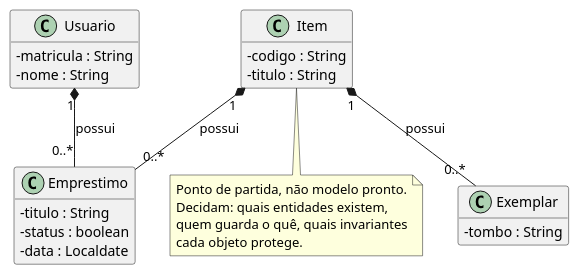
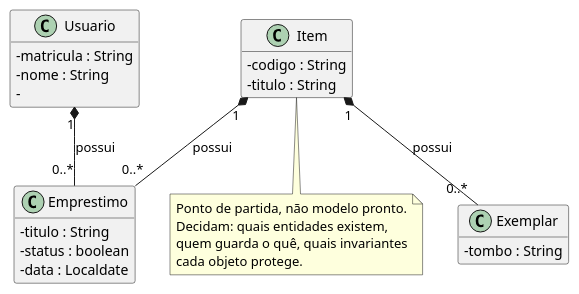
One commit to Alan-Pierre75/POO--2026-2 changed the diagram in docs/modelo.puml. Above: the diagram before and after it, drawn with PlantUML.

```diff
--- a/docs/modelo.puml
+++ b/docs/modelo.puml
@@ -1,46 +1,46 @@
 @startuml
 ' Modelo de domínio do sistema: Entrega 1.
 '
 ' Este arquivo é o ponto de partida. Substitua pelo modelo da sua equipe.
 ' O diagrama precisa corresponder ao código entregue.
 '
 ' Para gerar a imagem: instale o plugin PlantUML no IntelliJ, ou use
 '   plantuml docs/modelo.puml
 ' e versione a imagem gerada ao lado deste arquivo.
 
 skinparam classAttributeIconSize 0
 hide empty members
 
 class Item {
   - codigo : String
   - titulo : String
 }
 
 class Exemplar {
   - tombo : String
 }
 
 class Usuario {
   - matricula : String
   - nome : String
-
+  -
 }
 
 class Emprestimo {
   - titulo : String
   - status : boolean
   - data : Localdate
 }
 
 Item "1" *-- "0..*" Exemplar : possui
 Usuario "1" *-- "0..*" Emprestimo : possui
 Item "1" *-- "0..*" Emprestimo : possui
 
 note bottom of Item
   Ponto de partida, não modelo pronto.
   Decidam: quais entidades existem,
   quem guarda o quê, quais invariantes
   cada objeto protege.
 end note
 
 @enduml
```
